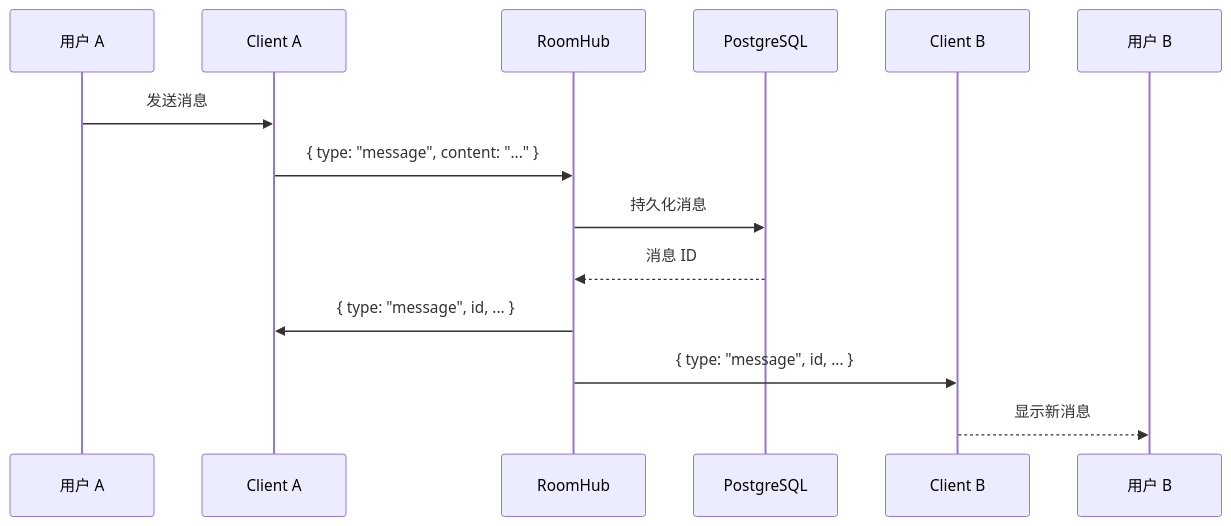
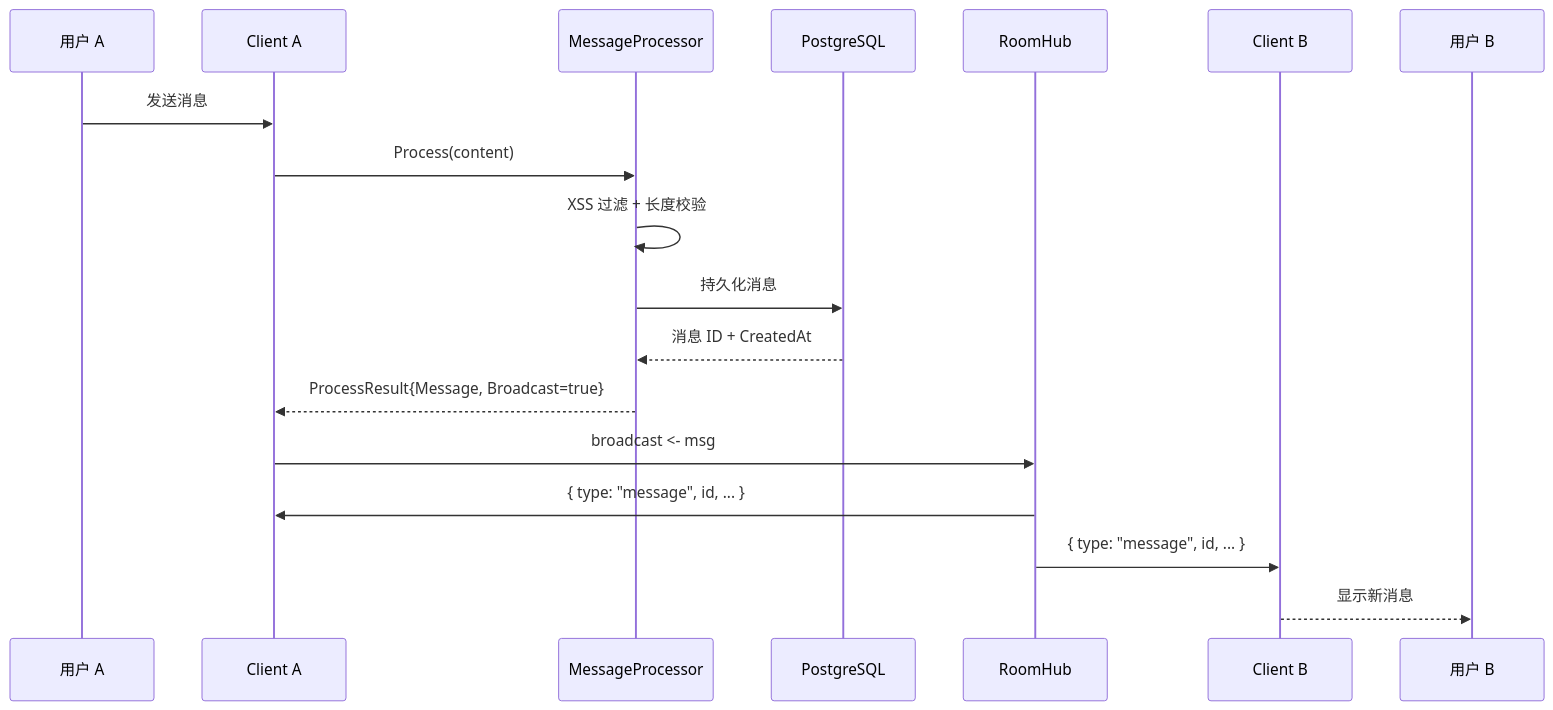
Before and after one commit to build-workbench/chatroom: the fourth of 5 diagrams in docs/architecture/data-flow.md, drawn with Mermaid. The commit also changed other lines of this file, not shown here.

Commit message:
docs: fix typing flow diagram and add message processor to flow
- Typing flow: remove fictional is_typing:false, document receiver-side
  3-second timeout mechanism (matches useChatSocket.ts implementation)
- Message flow: add MessageProcessor step between client and DB,
  showing XSS filter + persistence + broadcast chain
- Add design note explaining the typing protocol trade-off

````diff
--- a/docs/architecture/data-flow.md
+++ b/docs/architecture/data-flow.md
@@ -82,17 +82,21 @@
 ```mermaid
 sequenceDiagram
     participant UserA as 用户 A
     participant ClientA as Client A
+    participant Proc as MessageProcessor
+    participant DB as PostgreSQL
     participant Hub as RoomHub
-    participant DB as PostgreSQL
     participant ClientB as Client B
     participant UserB as 用户 B
 
     UserA->>ClientA: 发送消息
-    ClientA->>Hub: { type: "message", content: "..." }
-    Hub->>DB: 持久化消息
-    DB-->>Hub: 消息 ID
+    ClientA->>Proc: Process(content)
+    Proc->>Proc: XSS 过滤 + 长度校验
+    Proc->>DB: 持久化消息
+    DB-->>Proc: 消息 ID + CreatedAt
+    Proc-->>ClientA: ProcessResult{Message, Broadcast=true}
+    ClientA->>Hub: broadcast <- msg
     Hub->>ClientA: { type: "message", id, ... }
     Hub->>ClientB: { type: "message", id, ... }
     ClientB-->>UserB: 显示新消息
 ```
````
